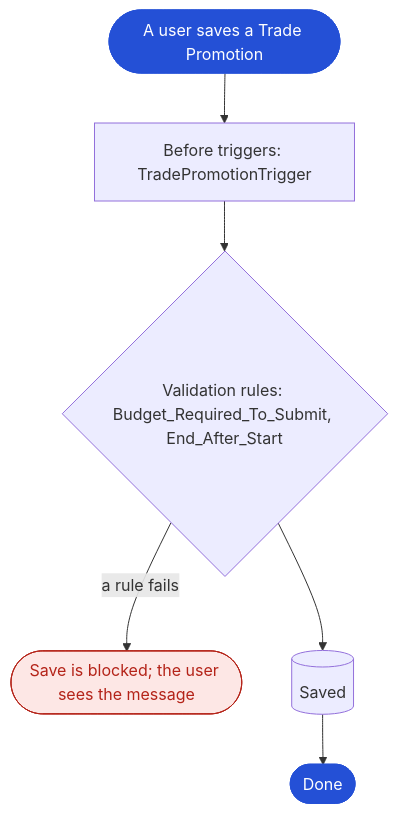
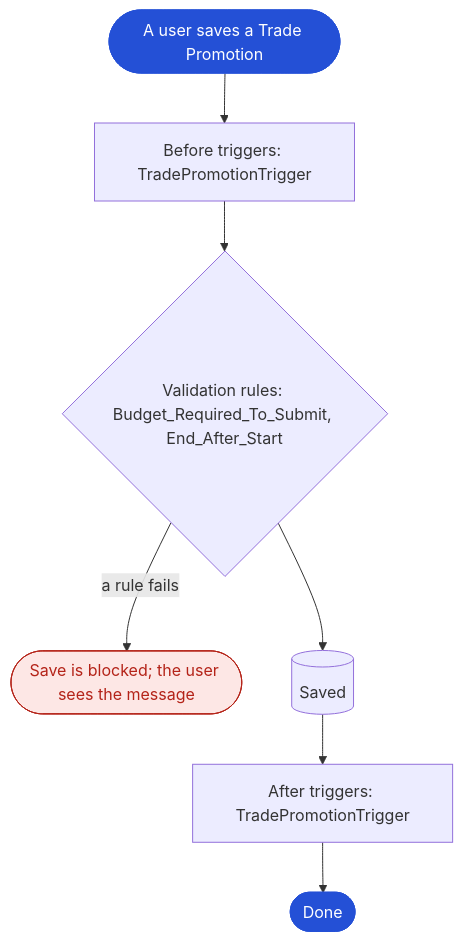
Before and after one commit to himantgupta-alt/crm-genie: diagram 13 of 15 in adlc/1-discover/assessment/discovery-report.md, drawn with Mermaid. The commit also changed other lines of this file and 21 other files, not shown here.

````diff
--- a/adlc/1-discover/assessment/discovery-report.md
+++ b/adlc/1-discover/assessment/discovery-report.md
@@ -1056,14 +1277,16 @@
 ```mermaid
 flowchart TD
   u(["A user saves a Trade Promotion"]):::start
   s1["Before triggers: TradePromotionTrigger"]
   u --> s1
   s2{"Validation rules: Budget_Required_To_Submit, End_After_Start"}
   s1 --> s2
   s2 -->|"a rule fails"| x2(["Save is blocked; the user sees the message"]):::stop
   s3[("Saved")]
   s2 --> s3
-  s3 --> done(["Done"]):::start
+  s4["After triggers: TradePromotionTrigger"]
+  s3 --> s4
+  s4 --> done(["Done"]):::start
   classDef start fill:#2450D6,color:#fff,stroke:#2450D6
   classDef stop fill:#FDE7E5,color:#B42318,stroke:#B42318
 ```
````
